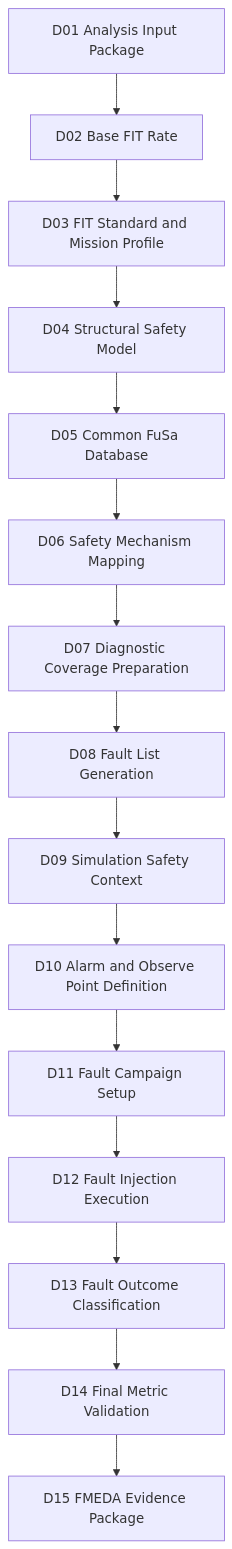
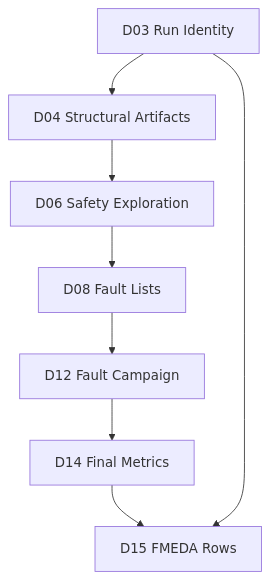
One commit to qiqixixi1001/automotive-safeic-practice changed the second of 3 diagrams in articles/03_automotive_safeic_practice_d03_github_en_generic.md. Above: the diagram before and after it, drawn with Mermaid. The commit also changed other lines of this file, not shown here.

````diff
--- a/articles/03_automotive_safeic_practice_d03_github_en_generic.md
+++ b/articles/03_automotive_safeic_practice_d03_github_en_generic.md
@@ -697,17 +1077,10 @@
 ```mermaid
 flowchart TD
-    A[D01 Analysis Input Package] --> B[D02 Base FIT Rate]
-    B --> C[D03 FIT Standard and Mission Profile]
-    C --> D[D04 Structural Safety Model]
-    D --> E[D05 Common FuSa Database]
-    E --> F[D06 Safety Mechanism Mapping]
-    F --> G[D07 Diagnostic Coverage Preparation]
-    G --> H[D08 Fault List Generation]
-    H --> I[D09 Simulation Safety Context]
-    I --> J[D10 Alarm and Observe Point Definition]
-    J --> K[D11 Fault Campaign Setup]
-    K --> L[D12 Fault Injection Execution]
-    L --> M[D13 Fault Outcome Classification]
-    M --> N[D14 Final Metric Validation]
-    N --> O[D15 FMEDA Evidence Package]
+    A[D03 Run Identity] --> B[D04 Structural Artifacts]
+    B --> C[D06 Safety Exploration]
+    C --> D[D08 Fault Lists]
+    D --> E[D12 Fault Campaign]
+    E --> F[D14 Final Metrics]
+    F --> G[D15 FMEDA Rows]
+    A --> G
 ```
````
